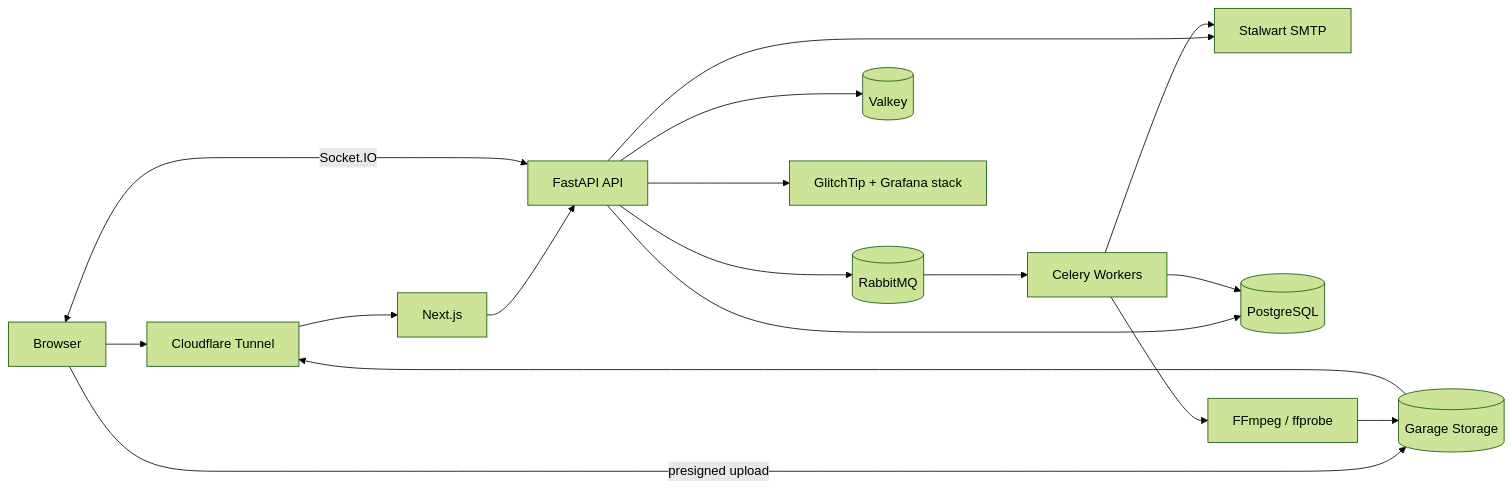
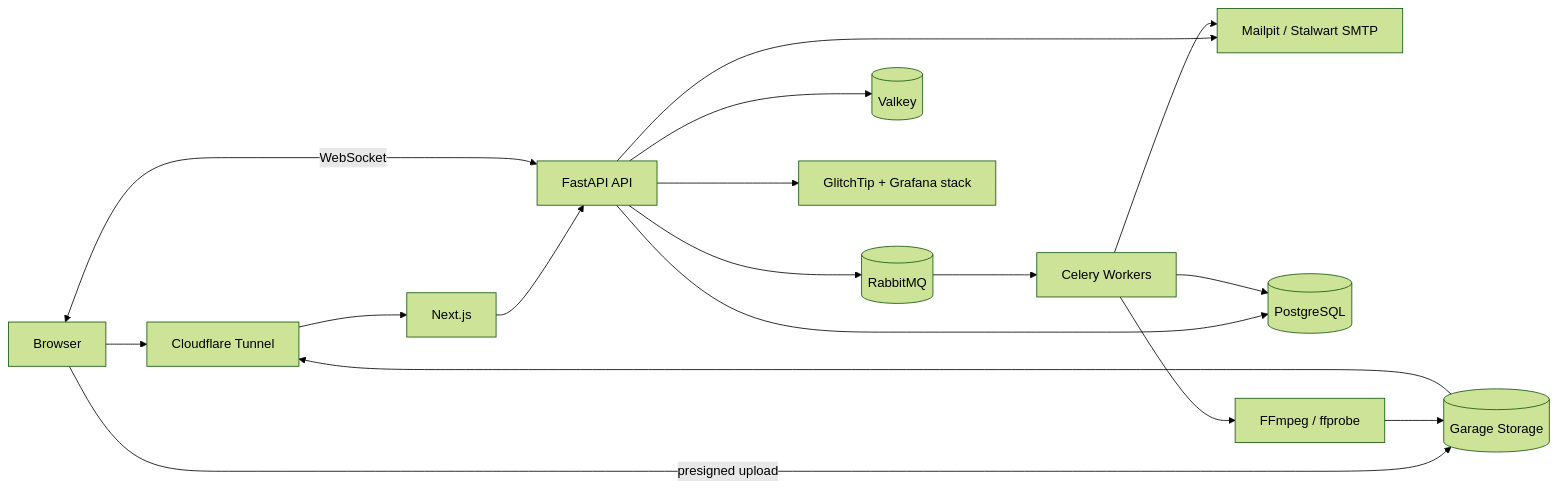
One commit to khanhnkq/feed.io changed the diagram in feed-io-development-plan.md. Above: the diagram before and after it, drawn with Mermaid (forest theme). The commit also changed other lines of this file and 12 other files, not shown here.

Commit message:
docs: translate and update project planning and architecture documents to English

````diff
--- a/feed-io-development-plan.md
+++ b/feed-io-development-plan.md
@@ -19,19 +19,19 @@
 ```mermaid
 flowchart LR
     U[Browser] --> N[Cloudflare Tunnel]
     N --> W[Next.js]
     W --> A[FastAPI API]
     A --> M[Mailpit / Stalwart SMTP]
     U -->|presigned upload| S[(Garage Storage)]
     A --> P[(PostgreSQL)]
     A --> R[(RabbitMQ)]
     A --> V[(Valkey)]
     R --> Q[Celery Workers]
     Q --> F[FFmpeg / ffprobe]
     F --> S
     S --> N
-    A <-->|Socket.IO| U
+    A <-->|WebSocket| U
     Q --> P
-    Q --> M[Stalwart SMTP]
+    Q --> M
     A --> O[GlitchTip + Grafana stack]
 ```
````
